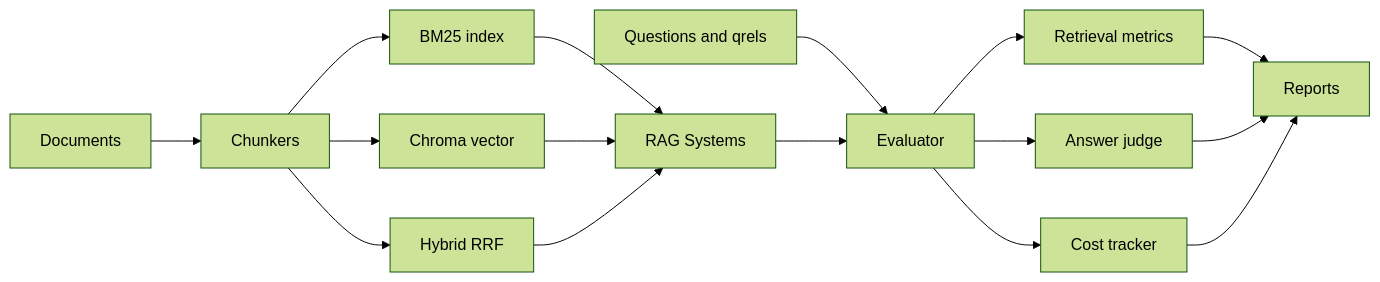
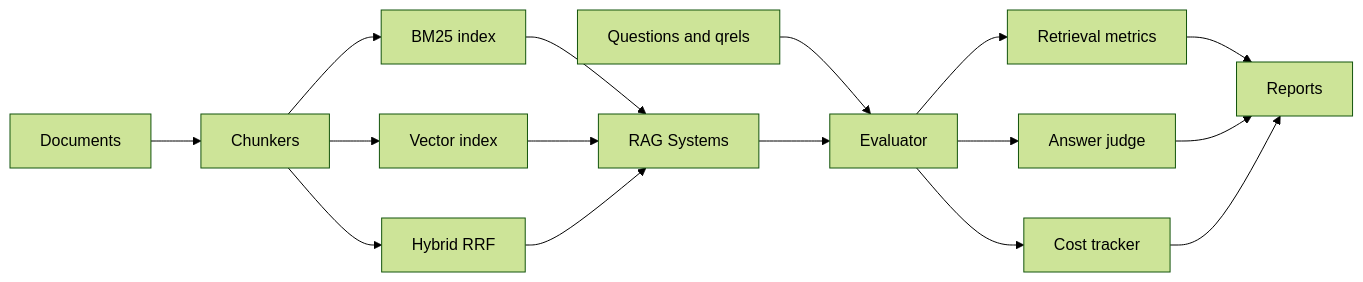
One commit to alexandre0sheva/ragbench changed the second of 2 diagrams in README.md. Above: the diagram before and after it, drawn with Mermaid (forest theme). The commit also changed other lines of this file and 111 other files, not shown here.

````diff
--- a/README.md
+++ b/README.md
@@ -72,18 +72,18 @@
 ```mermaid
 flowchart LR
     A[Documents] --> B[Chunkers]
     B --> S1[BM25 index]
-    B --> S2[Chroma vector]
+    B --> S2[Vector index]
     B --> S3[Hybrid RRF]
     S1 --> D[RAG Systems]
     S2 --> D
     S3 --> D
     Q[Questions and qrels] --> E[Evaluator]
     D --> E
     E --> M1[Retrieval metrics]
     E --> M2[Answer judge]
     E --> M3[Cost tracker]
     M1 --> R[Reports]
     M2 --> R
     M3 --> R
 ```
````
